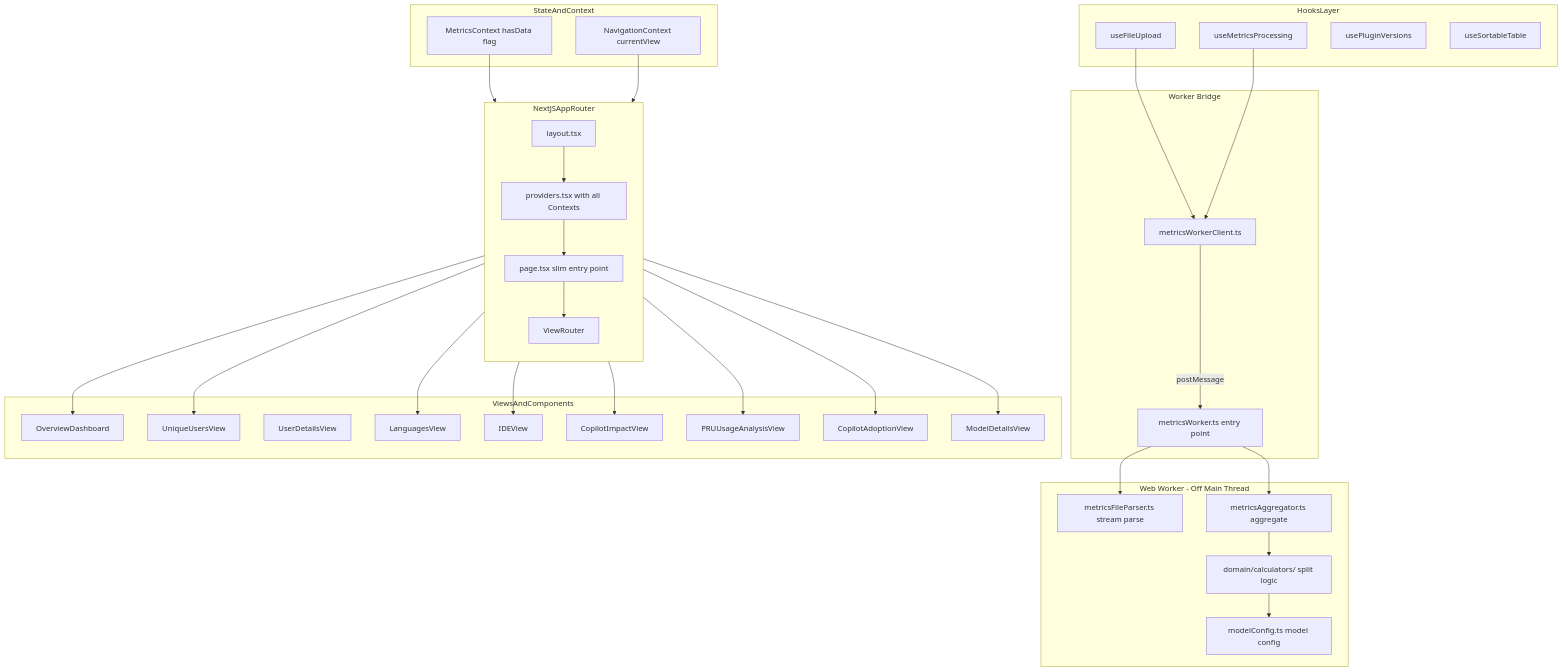
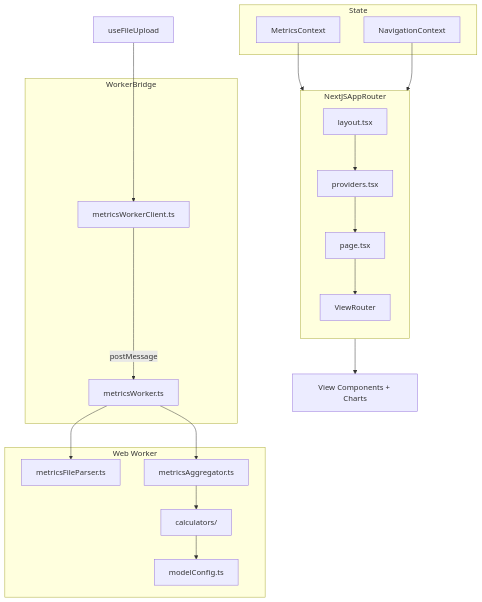
Before and after one commit to asizikov-demos/copilot-user-level-statistics-viewer: the second of 2 diagrams in docs/project-overview.md, drawn with Mermaid. The commit also changed other lines of this file, not shown here.

Commit message:
docs: refine project overview and clarify data flow and architecture

````diff
--- a/docs/project-overview.md
+++ b/docs/project-overview.md
@@ -458,65 +99,38 @@
 ```mermaid
 flowchart TB
 	subgraph NextJSAppRouter
 		direction TB
-		L[layout.tsx] --> P[providers.tsx with all Contexts]
-		P --> H[page.tsx slim entry point]
+		L[layout.tsx] --> P[providers.tsx]
+		P --> H[page.tsx]
 		H --> VR[ViewRouter]
 	end
 
-	subgraph StateAndContext
-		MC[MetricsContext hasData flag]
-		NC[NavigationContext currentView]
+	subgraph State
+		MC[MetricsContext]
+		NC[NavigationContext]
 	end
 
-	subgraph WebWorker[Web Worker - Off Main Thread]
-		MFP[metricsFileParser.ts stream parse]
-		MA[metricsAggregator.ts aggregate]
-		CALC[domain/calculators/ split logic]
-		MConf[modelConfig.ts model config]
+	subgraph WebWorker[Web Worker]
+		MFP[metricsFileParser.ts]
+		MA[metricsAggregator.ts]
+		CALC[calculators/]
+		MConf[modelConfig.ts]
 	end
 
-	subgraph WorkerBridge[Worker Bridge]
+	subgraph WorkerBridge
 		WC[metricsWorkerClient.ts]
-		WT[metricsWorker.ts entry point]
+		WT[metricsWorker.ts]
 	end
 
-	subgraph HooksLayer
-		UFU[useFileUpload]
-		UMP[useMetricsProcessing]
-		UPV[usePluginVersions]
-		UST[useSortableTable]
-	end
+	VR --> Views[View Components + Charts]
 
-	subgraph ViewsAndComponents
-		OV[OverviewDashboard]
-		UV[UniqueUsersView]
-		UD[UserDetailsView]
-		LV[LanguagesView]
-		IV[IDEView]
-		CI[CopilotImpactView]
-		PR[PRUUsageAnalysisView]
-		CA[CopilotAdoptionView]
-		MD[ModelDetailsView]
-	end
-
-	VR --> OV
-	VR --> UV
-	VR --> LV
-	VR --> IV
-	VR --> CI
-	VR --> PR
-	VR --> CA
-	VR --> MD
-
-	UFU --> WC
-	UMP --> WC
+	UFU[useFileUpload] --> WC
 	WC -->|postMessage| WT
 	WT --> MFP
 	WT --> MA
 	MA --> CALC
 	CALC --> MConf
 
 	MC --> VR
 	NC --> VR
 ```
````
